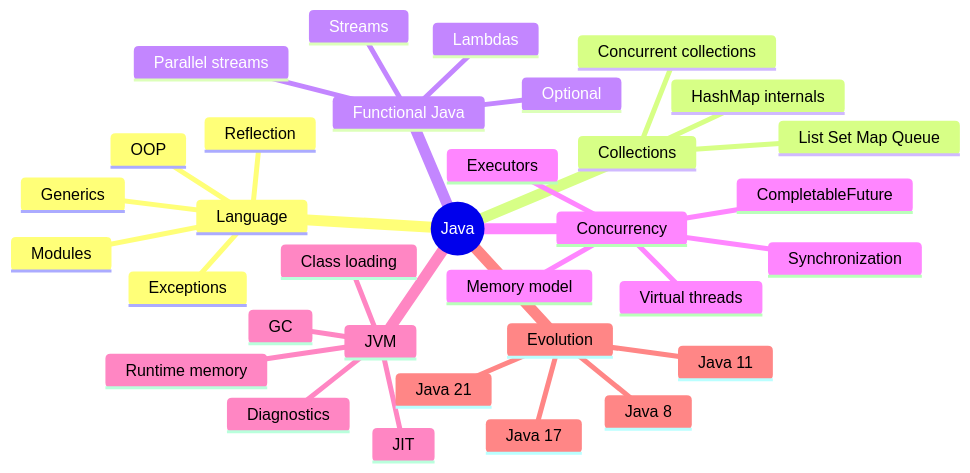
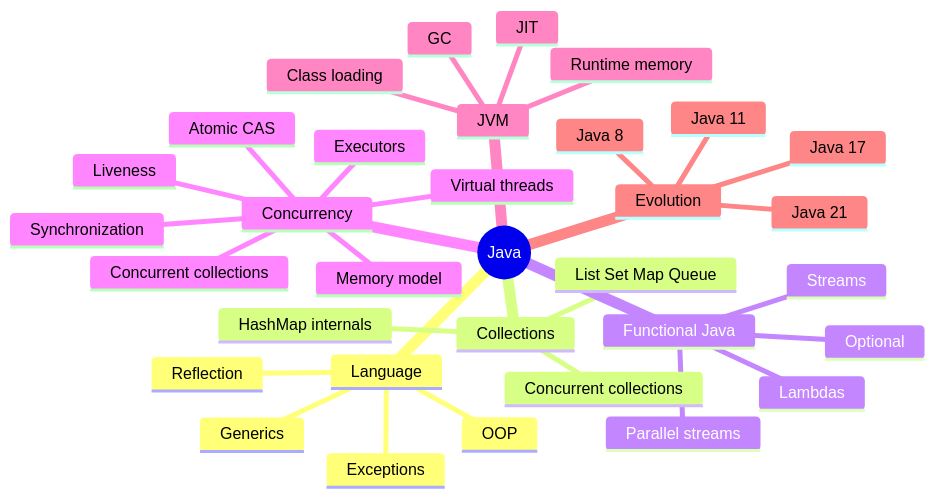
Before and after one commit to alimbetov/obsidian: the diagram in 01_MAPS/Java Map.md, drawn with Mermaid. The commit also changed other lines of this file, not shown here.

Commit message:
Link advanced concurrency modules

````diff
--- a/01_MAPS/Java Map.md
+++ b/01_MAPS/Java Map.md
@@ -12,36 +12,36 @@
 ```mermaid
 mindmap
   root((Java))
     Language
       OOP
       Generics
       Exceptions
       Reflection
-      Modules
     Collections
       List Set Map Queue
       HashMap internals
       Concurrent collections
     Functional Java
       Lambdas
       Streams
       Optional
       Parallel streams
     Concurrency
       Memory model
       Synchronization
+      Atomic CAS
+      Liveness
+      Concurrent collections
       Executors
-      CompletableFuture
       Virtual threads
     JVM
       Class loading
       Runtime memory
       JIT
       GC
-      Diagnostics
     Evolution
       Java 8
       Java 11
       Java 17
       Java 21
 ```
````
